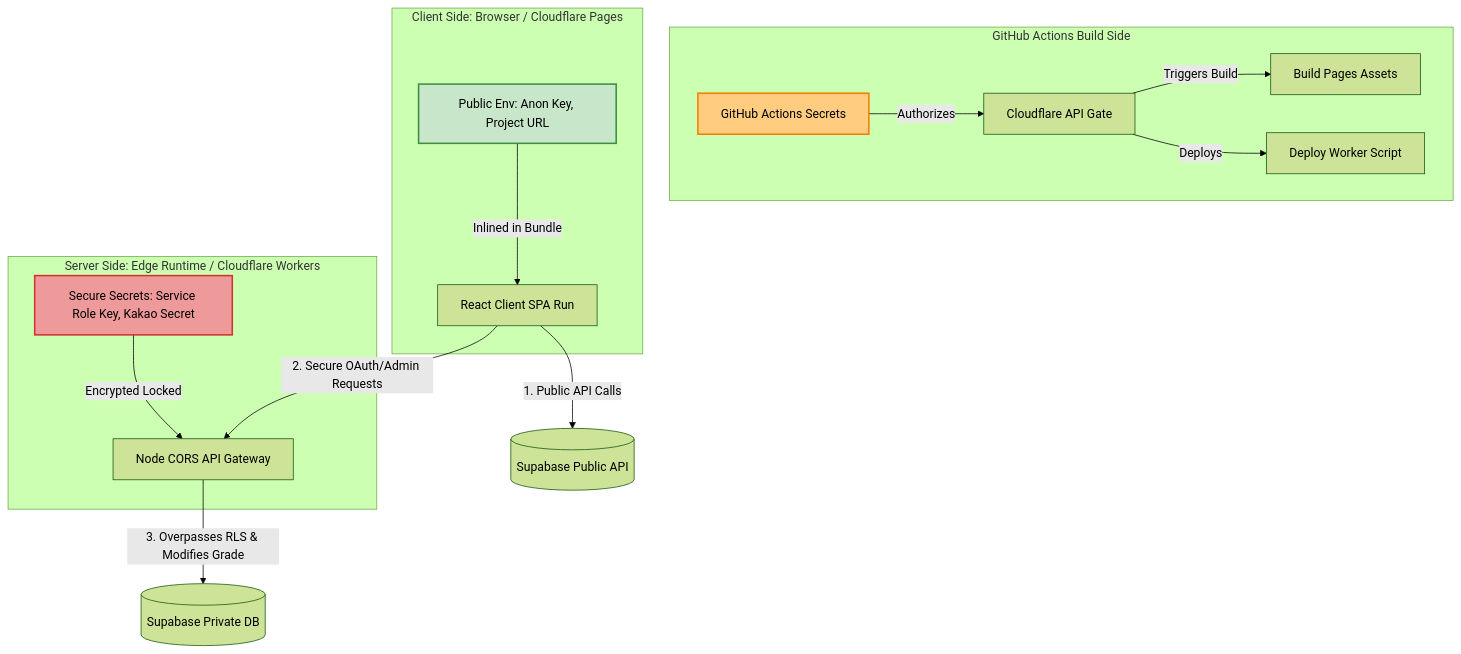
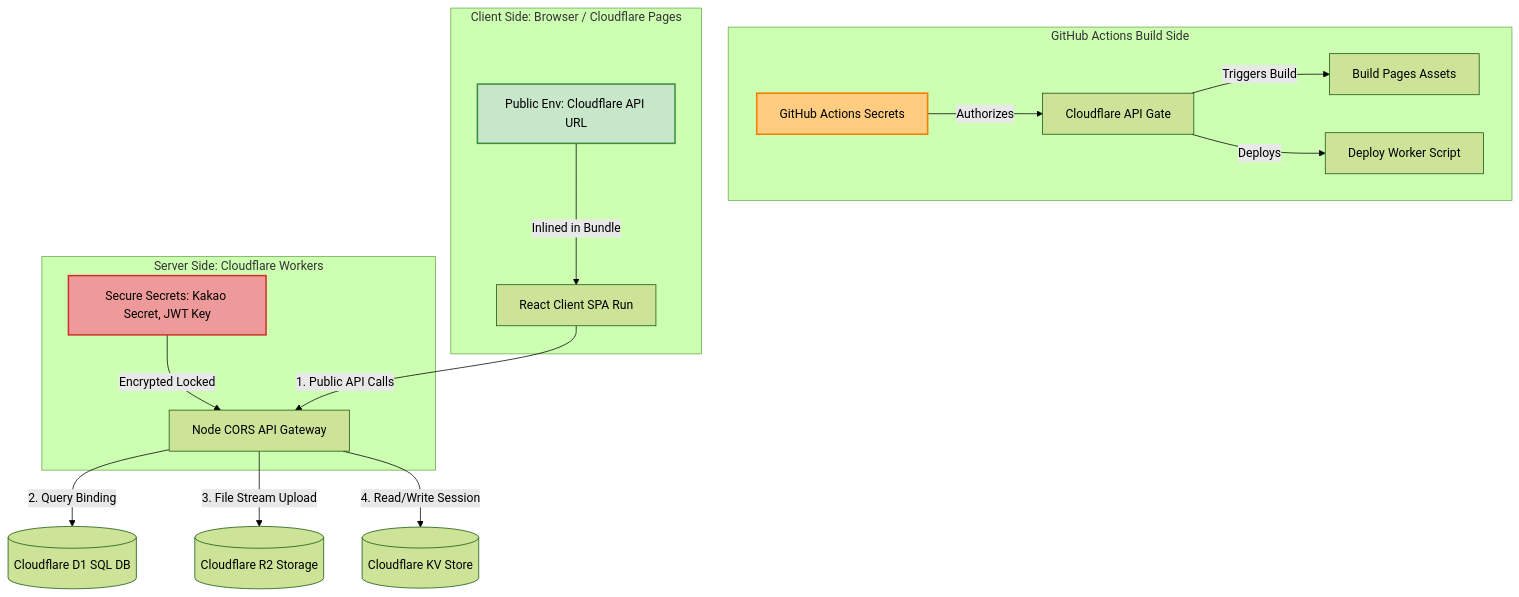
One commit to ClarusIubar/GATTACA changed the diagram in docs/wiki/Infrastructure-Specification.md. Above: the diagram before and after it, drawn with Mermaid (forest theme). The commit also changed other lines of this file and 6 other files, not shown here.

Commit message:
feat(arch): migrate from Supabase to Cloudflare Native (D1/R2/KV) & update architecture wiki (TSK-001-08)

````diff
--- a/docs/wiki/Infrastructure-Specification.md
+++ b/docs/wiki/Infrastructure-Specification.md
@@ -345,24 +234,25 @@
 ```mermaid
 flowchart TD
     subgraph CI_CD_Pipeline [GitHub Actions Build Side]
         GH_Secret[GitHub Actions Secrets] -->|Authorizes| CF_API[Cloudflare API Gate]
         CF_API -->|Triggers Build| Pages_Build[Build Pages Assets]
         CF_API -->|Deploys| Worker_Build[Deploy Worker Script]
     end
 
     subgraph Client_Side [Client Side: Browser / Cloudflare Pages]
-        Pages_Env[Public Env: Anon Key, Project URL] -->|Inlined in Bundle| Pages_Run[React Client SPA Run]
+        Pages_Env[Public Env: Cloudflare API URL] -->|Inlined in Bundle| Pages_Run[React Client SPA Run]
     end
 
-    subgraph Server_Side [Server Side: Edge Runtime / Cloudflare Workers]
-        Worker_Env[Secure Secrets: Service Role Key, Kakao Secret] -->|Encrypted Locked| Worker_Run[Node CORS API Gateway]
+    subgraph Server_Side [Server Side: Cloudflare Workers]
+        Worker_Env[Secure Secrets: Kakao Secret, JWT Key] -->|Encrypted Locked| Worker_Run[Node CORS API Gateway]
     end
 
-    Pages_Run -->|1. Public API Calls| SB_Public[(Supabase Public API)]
-    Pages_Run -->|2. Secure OAuth/Admin Requests| Worker_Run
-    Worker_Run -->|3. Overpasses RLS & Modifies Grade| SB_Admin[(Supabase Private DB)]
+    Pages_Run -->|1. Public API Calls| Worker_Run
+    Worker_Run -->|2. Query Binding| D1_DB[(Cloudflare D1 SQL DB)]
+    Worker_Run -->|3. File Stream Upload| R2_Bucket[(Cloudflare R2 Storage)]
+    Worker_Run -->|4. Read/Write Session| KV_Store[(Cloudflare KV Store)]
 
     style GH_Secret fill:#ffcc80,stroke:#f57c00,stroke-width:2px
     style Pages_Env fill:#c8e6c9,stroke:#388e3c,stroke-width:2px
     style Worker_Env fill:#ef9a9a,stroke:#d32f2f,stroke-width:2px
 ```
````
